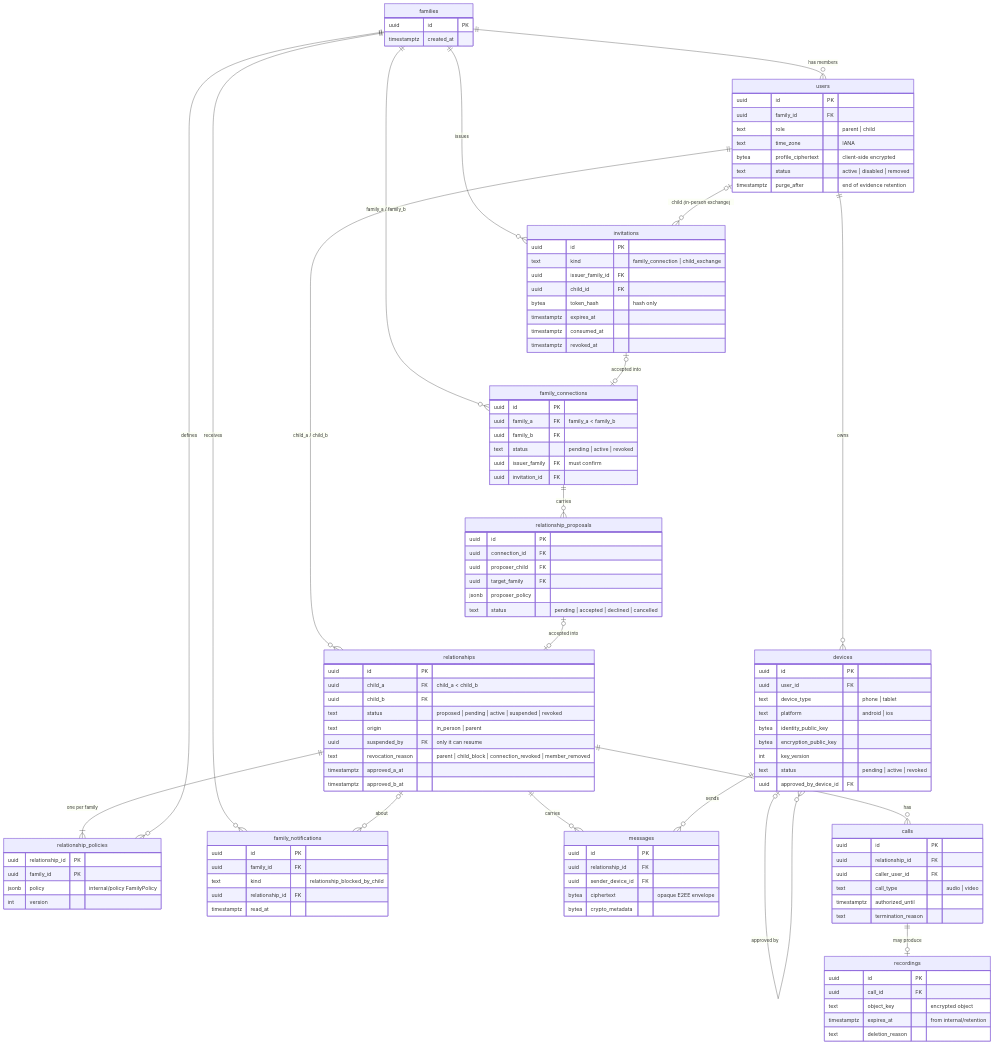
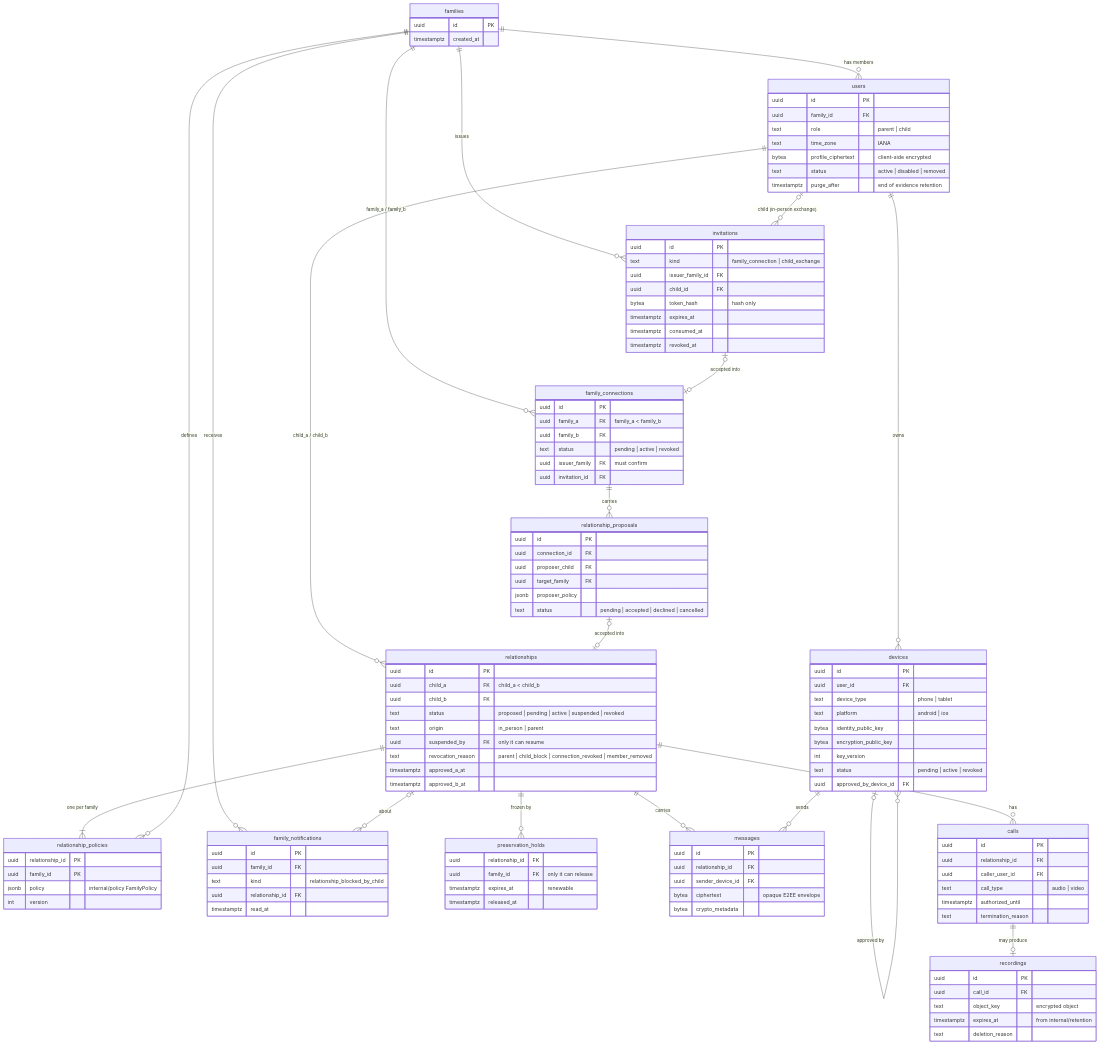
The diagram in docs/data-model.md (frbayart/tkc), drawn with Mermaid before and after one commit. The commit also changed other lines of this file and 13 other files, not shown here.

First line of the commit message:
Add preservation holds on relationships

```diff
--- a/docs/data-model.md
+++ b/docs/data-model.md
@@ -24,6 +24,7 @@
     users ||--o{ relationships : "child_a / child_b"
     relationships ||--|{ relationship_policies : "one per family"
     families ||--o{ family_notifications : receives
+    relationships ||--o{ preservation_holds : "frozen by"
     relationships |o--o{ family_notifications : about
     families ||--o{ relationship_policies : defines
     relationships ||--o{ messages : carries
@@ -94,6 +95,12 @@
         jsonb proposer_policy
         text status "pending | accepted | declined | cancelled"
     }
+    preservation_holds {
+        uuid relationship_id FK
+        uuid family_id FK "only it can release"
+        timestamptz expires_at "renewable"
+        timestamptz released_at
+    }
     family_notifications {
         uuid id PK
         uuid family_id FK
```
